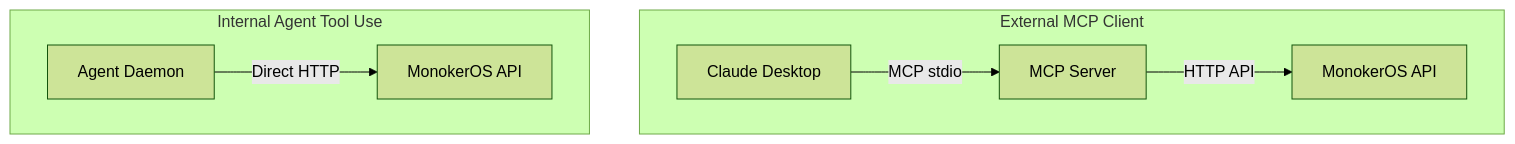
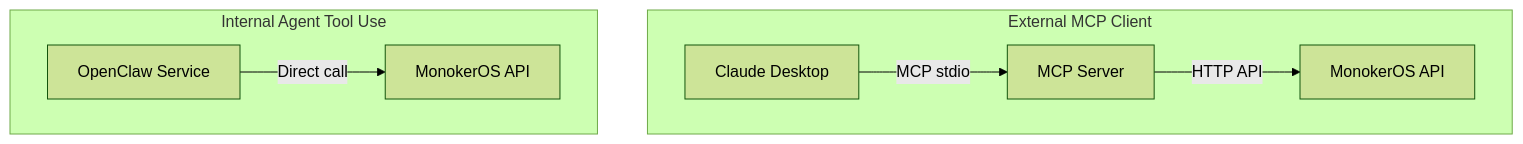
One commit to pde-rent/monokeros changed the third of 3 diagrams in docs/technical/mcp.md. Above: the diagram before and after it, drawn with Mermaid (forest theme). The commit also changed other lines of this file and 31 other files, not shown here.

First line of the commit message:
feat: rewrite docs for OpenClaw, add acceptance criteria and artifact models

````diff
--- a/docs/technical/mcp.md
+++ b/docs/technical/mcp.md
@@ -204,11 +204,11 @@
 ```mermaid
 flowchart TD
     subgraph External["External MCP Client"]
         E1[Claude Desktop] -->|"MCP stdio"| E2[MCP Server]
         E2 -->|"HTTP API"| E3[MonokerOS API]
     end
 
     subgraph Internal["Internal Agent Tool Use"]
-        I1[Agent Daemon] -->|"Direct HTTP"| I2[MonokerOS API]
+        I1[OpenClaw Service] -->|"Direct call"| I2[MonokerOS API]
     end
 ```
````
